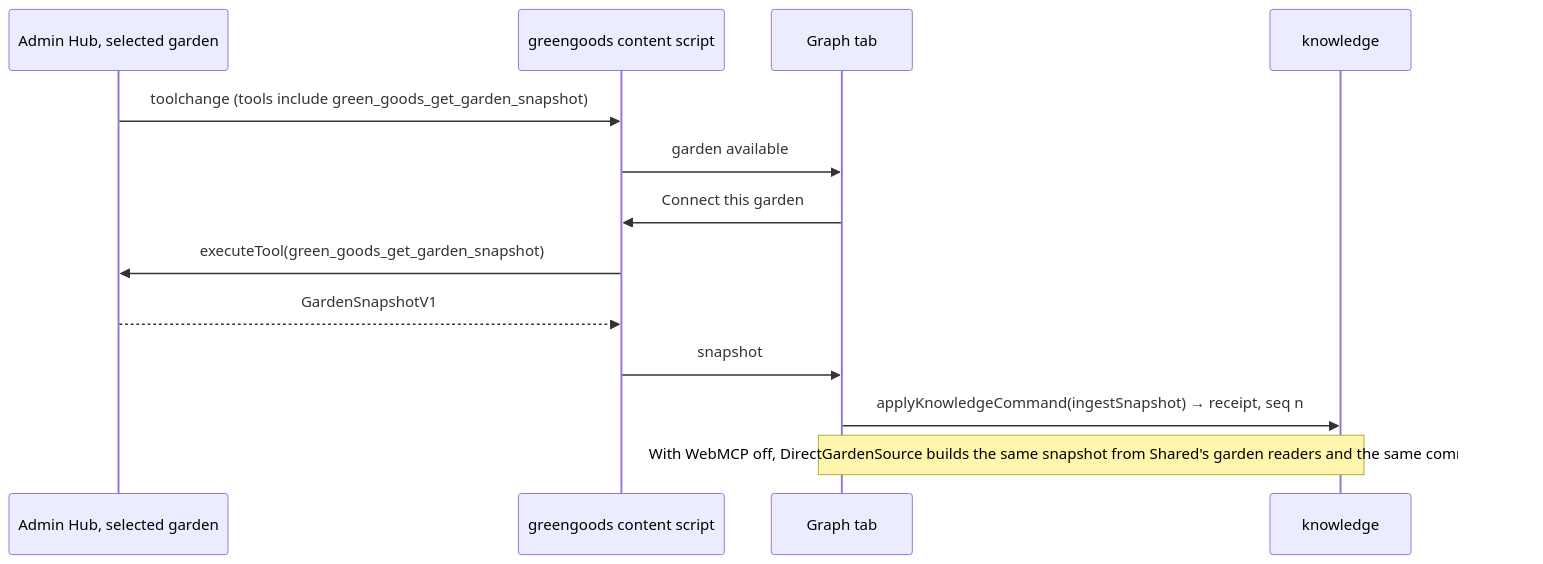
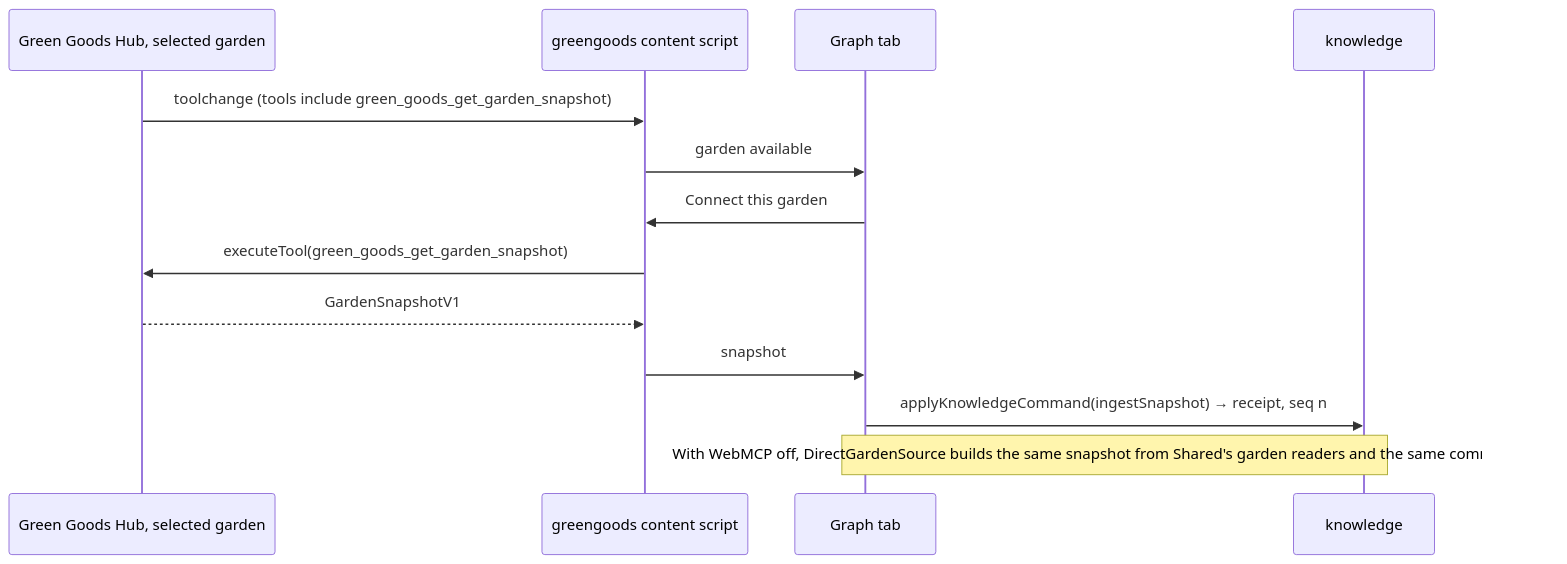
One commit to greenpill-dev-guild/green-goods changed the fourth of 6 diagrams in .plans/ideas/grove/prototype-architecture.md. Above: the diagram before and after it, drawn with Mermaid. The commit also changed other lines of this file and 10 other files, not shown here.

First line of the commit message:
docs(plans): name the local steward surface Green Goods Hub

````diff
--- a/.plans/ideas/grove/prototype-architecture.md
+++ b/.plans/ideas/grove/prototype-architecture.md
@@ -313,15 +313,15 @@
 ```mermaid
 sequenceDiagram
-  participant P as Admin Hub, selected garden
+  participant P as Green Goods Hub, selected garden
   participant CS as greengoods content script
   participant T as Graph tab
   participant K as knowledge
   P->>CS: toolchange (tools include green_goods_get_garden_snapshot)
   CS->>T: garden available
   T->>CS: Connect this garden
   CS->>P: executeTool(green_goods_get_garden_snapshot)
   P-->>CS: GardenSnapshotV1
   CS->>T: snapshot
   T->>K: applyKnowledgeCommand(ingestSnapshot) → receipt, seq n
   Note over T,K: With WebMCP off, DirectGardenSource builds the same snapshot from Shared's garden readers and the same command runs
 ```
````
